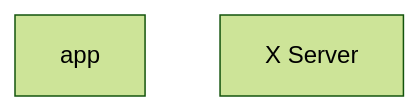
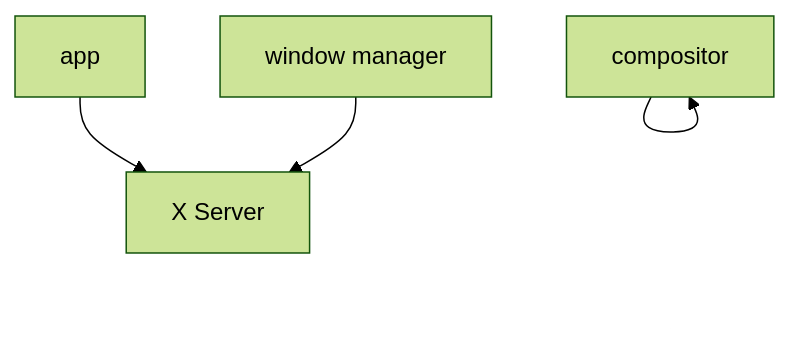
Before and after one commit to tommykey0925/window-manager: the diagram in memo.md, drawn with Mermaid (forest theme).

````diff
--- a/memo.md
+++ b/memo.md
@@ -8,5 +8,11 @@
 ```mermaid
 flowchart TD
+id1 --> id2
+id3 --> id2
+id4 --> id4
+
 id1["app"]
 id2["X Server"]
+id3["window manager"]
+id4["compositor"]
 ```
````
